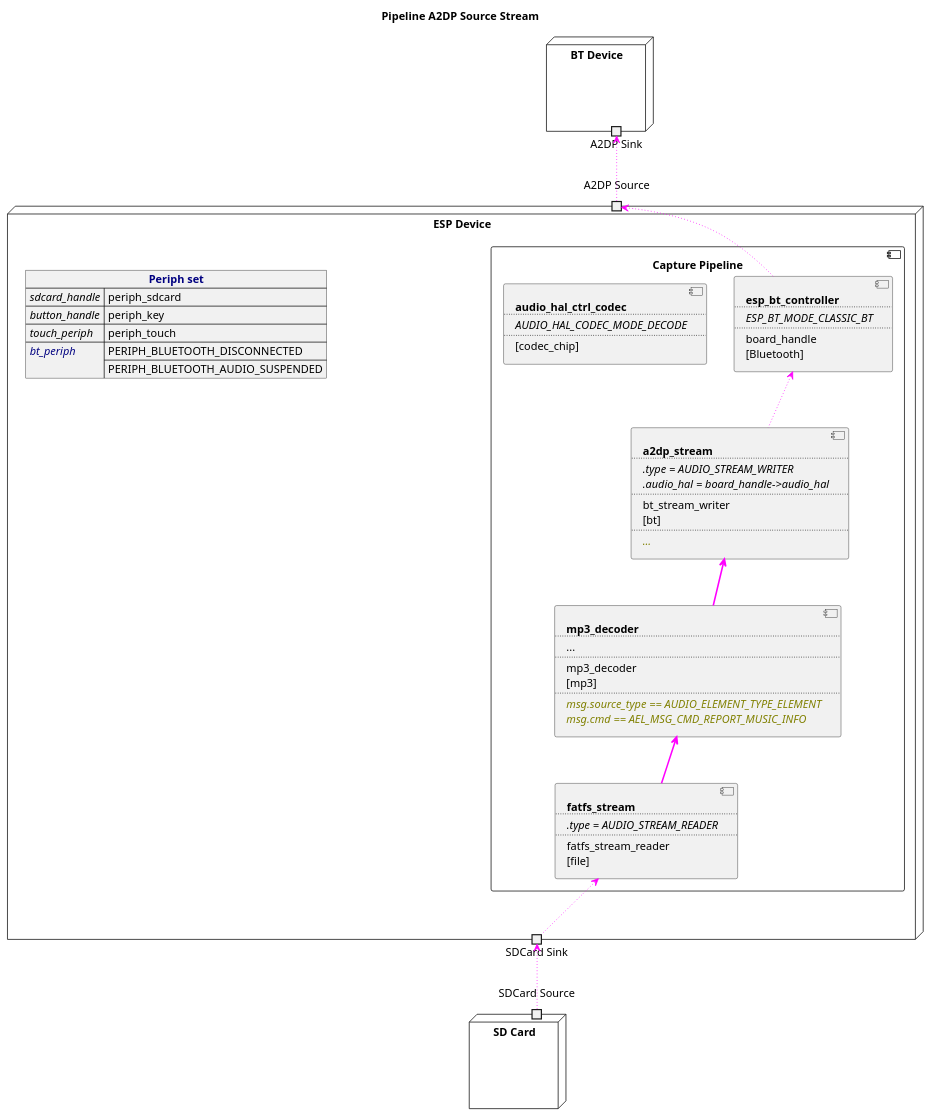
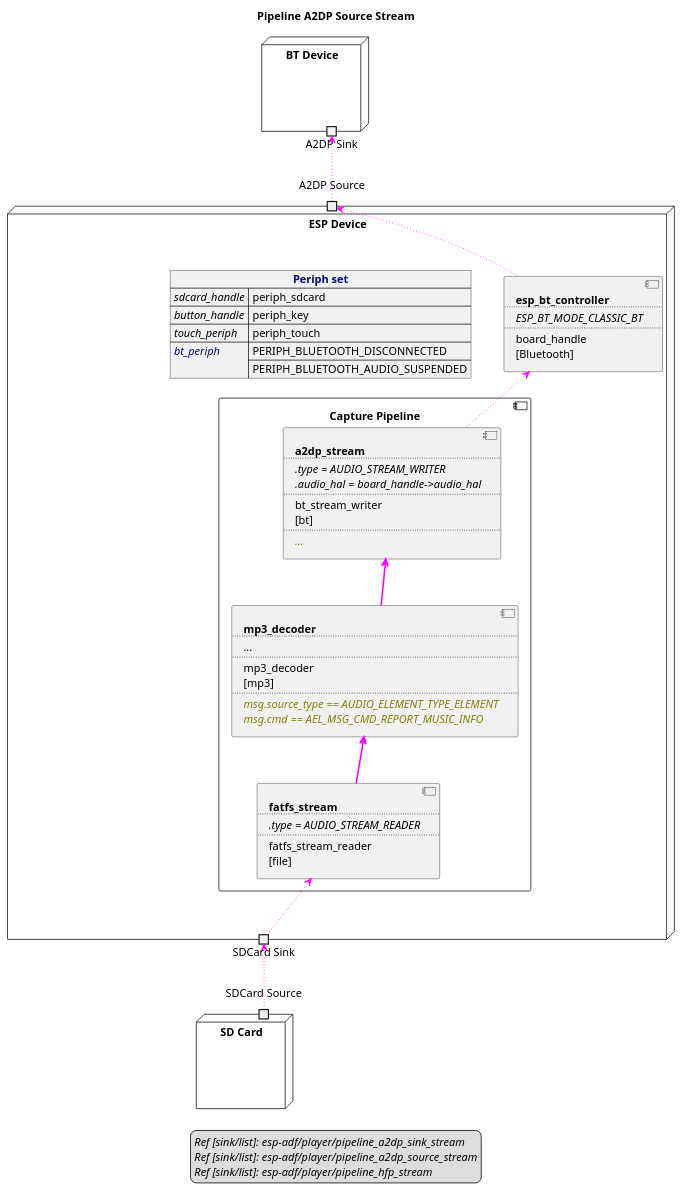
The diagram in examples/esp-adf/player/pipeline_a2dp_source_stream/audio-stream-diagram.plantuml (liang-zhu-zi/open-audio-adapter), drawn with PlantUML before and after one commit. The commit also changed 13 other files, not shown here.

Commit message:
add audio flow chart

```diff
--- a/examples/esp-adf/player/pipeline_a2dp_source_stream/audio-stream-diagram.plantuml
+++ b/examples/esp-adf/player/pipeline_a2dp_source_stream/audio-stream-diagram.plantuml
@@ -1,91 +1,90 @@
 @startuml pipeline_a2dp_source_stream
 title Pipeline A2DP Source Stream
 allowmixing
+
+legend
+//Ref [sink/list]: esp-adf/player/pipeline_a2dp_sink_stream//
+//Ref [sink/list]: esp-adf/player/pipeline_a2dp_source_stream//
+//Ref [sink/list]: esp-adf/player/pipeline_hfp_stream//
+end legend
 
 node "BT Device" as BTDevice  {
     portout "A2DP Sink" as BTDeviceA2DPSink
 } 
 
 node "ESP Device" as ESPDevice  {
     json "<b><color navy>Periph set" as periph_set {
         "<i>sdcard_handle": "periph_sdcard",
         "<i>button_handle": "periph_key",
         "<i>touch_periph":  "periph_touch",
         "<i><color navy>bt_periph": 
                             ["PERIPH_BLUETOOTH_DISCONNECTED", 
                              "PERIPH_BLUETOOTH_AUDIO_SUSPENDED"
         ]
     }
 
     portin "A2DP Source" as BTA2DPSource
+    
+    component BTController [
+        <b>esp_bt_controller
+        ....
+        <i>ESP_BT_MODE_CLASSIC_BT
+        ....
+        board_handle
+        [Bluetooth]
+    ]
 
     component "Capture Pipeline" as CapturePipeline {
-        component BTController [
-            <b>esp_bt_controller
-            ....
-            <i>ESP_BT_MODE_CLASSIC_BT
-            ....
-            board_handle
-            [Bluetooth]
-        ]
 
         component A2DPStream [
             <b>a2dp_stream
             ....
             <i>.type = AUDIO_STREAM_WRITER
             <i>.audio_hal = board_handle->audio_hal
             ....
             bt_stream_writer
             [bt]
             ....
             <i><color olive>...
         ]
 
         component Mp3Decoder [
             <b>mp3_decoder
             ....
             ...
             ....
             mp3_decoder
             [mp3]
             ....
             <i><color olive>msg.source_type == AUDIO_ELEMENT_TYPE_ELEMENT
             <i><color olive>msg.cmd == AEL_MSG_CMD_REPORT_MUSIC_INFO
         ]
 
         component FatfsStream [
             <b>fatfs_stream
             ....
             <i>.type = AUDIO_STREAM_READER
             ....
             fatfs_stream_reader
             [file]
         ]
-        
-        component HALCodec [
-            <b>audio_hal_ctrl_codec
-            ....
-            <i>AUDIO_HAL_CODEC_MODE_DECODE
-            ....
-            [codec_chip]
-        ]
     }
 
     portout "SDCard Sink" as SDCardSink
 } 
 
 node "SD Card" as SDCard  {
     portin "SDCard Source" as SDCardSource
 }
 
 BTDeviceA2DPSink <-- BTA2DPSource #line:fuchsia;line.dotted;text:fuchsia
 
 BTA2DPSource<-- BTController    #line:fuchsia;line.dotted;text:fuchsia
 BTController<-- A2DPStream      #line:fuchsia;line.dotted;text:fuchsia
 A2DPStream  <-- Mp3Decoder      #line:fuchsia;line.bold;text:fuchsia
 Mp3Decoder  <-- FatfsStream     #line:fuchsia;line.bold;text:fuchsia
 FatfsStream <-- SDCardSink      #line:fuchsia;line.dotted;text:fuchsia
 
 SDCardSink  <-- SDCardSource    #line:fuchsia;line.dotted;text:fuchsia
 
 @enduml
```
